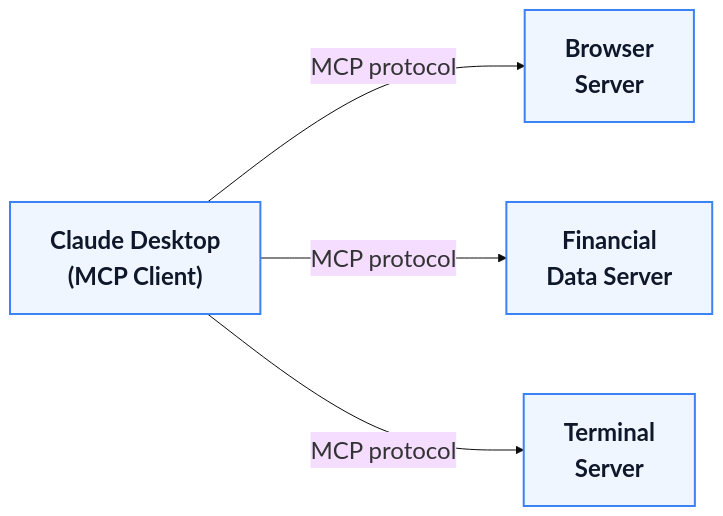
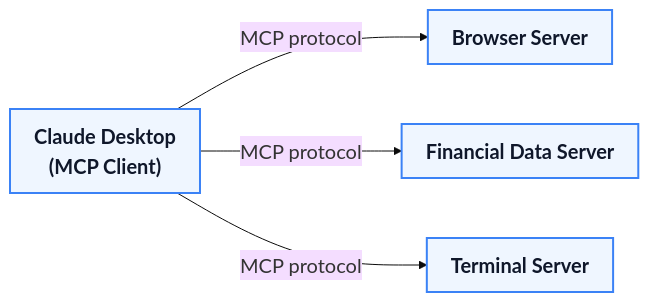
One commit to kerryback/mgmt675 changed the first of 2 diagrams in slides/m9-mcp.qmd. Above: the diagram before and after it, drawn with Mermaid. The commit also changed other lines of this file and 4 other files, not shown here.

````diff
--- a/slides/m9-mcp.qmd
+++ b/slides/m9-mcp.qmd
@@ -60,13 +60,13 @@
 ```{mermaid}
 %%| fig-width: 16
-%%{init: {'theme': 'base', 'themeVariables': {'fontSize': '24px'}, 'flowchart': {'nodeSpacing': 80, 'rankSpacing': 100, 'padding': 20, 'useMaxWidth': true}}}%%
+%%{init: {'theme': 'base', 'themeVariables': {'fontSize': '20px'}, 'flowchart': {'nodeSpacing': 60, 'rankSpacing': 80, 'padding': 12, 'useMaxWidth': true}}}%%
 flowchart LR
-  C["<b>Claude Desktop<br>(MCP Client)</b>"] -->|"MCP protocol"| S1["<b>Browser<br>Server</b>"]
-  C -->|"MCP protocol"| S2["<b>Financial<br>Data Server</b>"]
-  C -->|"MCP protocol"| S3["<b>Terminal<br>Server</b>"]
+  C["<b>Claude Desktop<br>(MCP Client)</b>"] -->|"MCP protocol"| S1["<b>Browser Server</b>"]
+  C -->|"MCP protocol"| S2["<b>Financial Data Server</b>"]
+  C -->|"MCP protocol"| S3["<b>Terminal Server</b>"]
 
-  style C fill:#eff6ff,stroke:#3b82f6,stroke-width:2px,color:#0f172a,font-size:24px,padding:16px
-  style S1 fill:#eff6ff,stroke:#3b82f6,stroke-width:2px,color:#0f172a,font-size:24px,padding:16px
-  style S2 fill:#eff6ff,stroke:#3b82f6,stroke-width:2px,color:#0f172a,font-size:24px,padding:16px
-  style S3 fill:#eff6ff,stroke:#3b82f6,stroke-width:2px,color:#0f172a,font-size:24px,padding:16px
+  style C fill:#eff6ff,stroke:#3b82f6,stroke-width:2px,color:#0f172a,font-size:20px,padding:12px
+  style S1 fill:#eff6ff,stroke:#3b82f6,stroke-width:2px,color:#0f172a,font-size:20px,padding:12px
+  style S2 fill:#eff6ff,stroke:#3b82f6,stroke-width:2px,color:#0f172a,font-size:20px,padding:12px
+  style S3 fill:#eff6ff,stroke:#3b82f6,stroke-width:2px,color:#0f172a,font-size:20px,padding:12px
 ```
````
